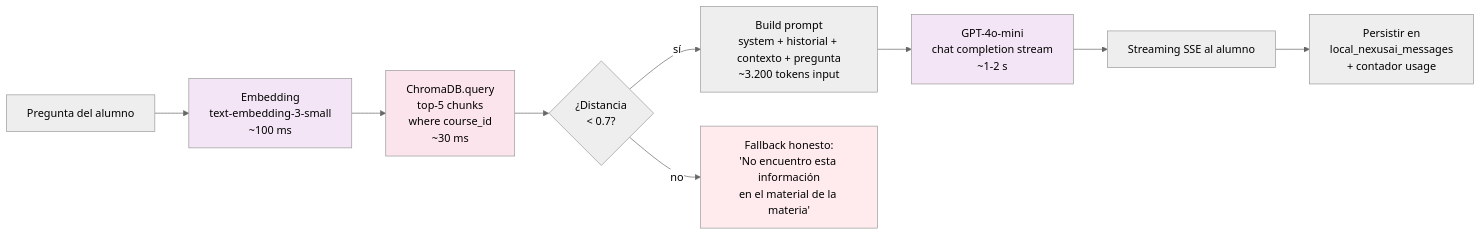
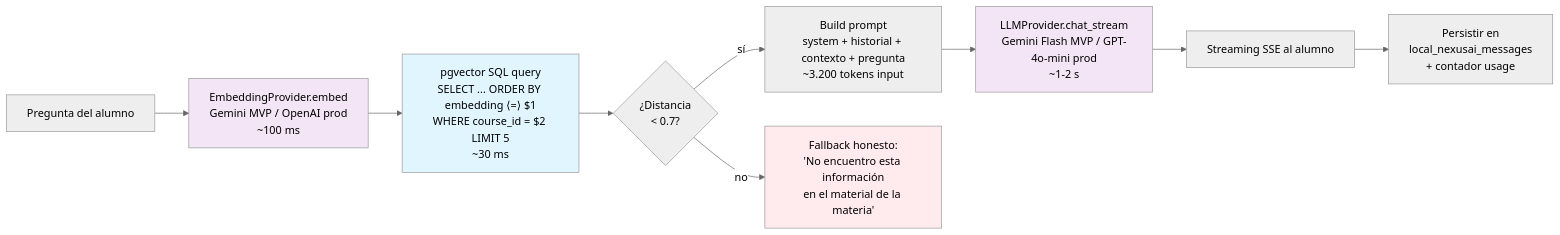
The second of 2 diagrams in NexusAI/docs/diagrams/rag-flow.md (nexusai-ucc/nexusAI), drawn with Mermaid (neutral theme) before and after one commit. The commit also changed other lines of this file and 15 other files, not shown here.

````diff
--- a/NexusAI/docs/diagrams/rag-flow.md
+++ b/NexusAI/docs/diagrams/rag-flow.md
@@ -29,16 +30,16 @@
 ```mermaid
 flowchart LR
-    Q[Pregunta del alumno] --> EM[Embedding<br/>text-embedding-3-small<br/>~100 ms]
-    EM --> SEARCH[ChromaDB.query<br/>top-5 chunks<br/>where course_id<br/>~30 ms]
+    Q[Pregunta del alumno] --> EM[EmbeddingProvider.embed<br/>Gemini MVP / OpenAI prod<br/>~100 ms]
+    EM --> SEARCH["pgvector SQL query<br/>SELECT ... ORDER BY embedding ⟨=⟩ $1<br/>WHERE course_id = $2 LIMIT 5<br/>~30 ms"]
     SEARCH --> FILTER{¿Distancia<br/>< 0.7?}
     FILTER -->|sí| BUILD[Build prompt<br/>system + historial + contexto + pregunta<br/>~3.200 tokens input]
     FILTER -->|no| FALLBACK["Fallback honesto:<br/>'No encuentro esta información<br/>en el material de la materia'"]
-    BUILD --> GPT[GPT-4o-mini<br/>chat completion stream<br/>~1-2 s]
-    GPT --> STREAM[Streaming SSE al alumno]
+    BUILD --> LLM[LLMProvider.chat_stream<br/>Gemini Flash MVP / GPT-4o-mini prod<br/>~1-2 s]
+    LLM --> STREAM[Streaming SSE al alumno]
     STREAM --> SAVE[Persistir en<br/>local_nexusai_messages<br/>+ contador usage]
 
     style EM fill:#f3e5f5,color:#000
-    style SEARCH fill:#fce4ec,color:#000
-    style GPT fill:#f3e5f5,color:#000
+    style SEARCH fill:#e1f5fe,color:#000
+    style LLM fill:#f3e5f5,color:#000
     style FALLBACK fill:#ffebee,color:#000
 ```
````
